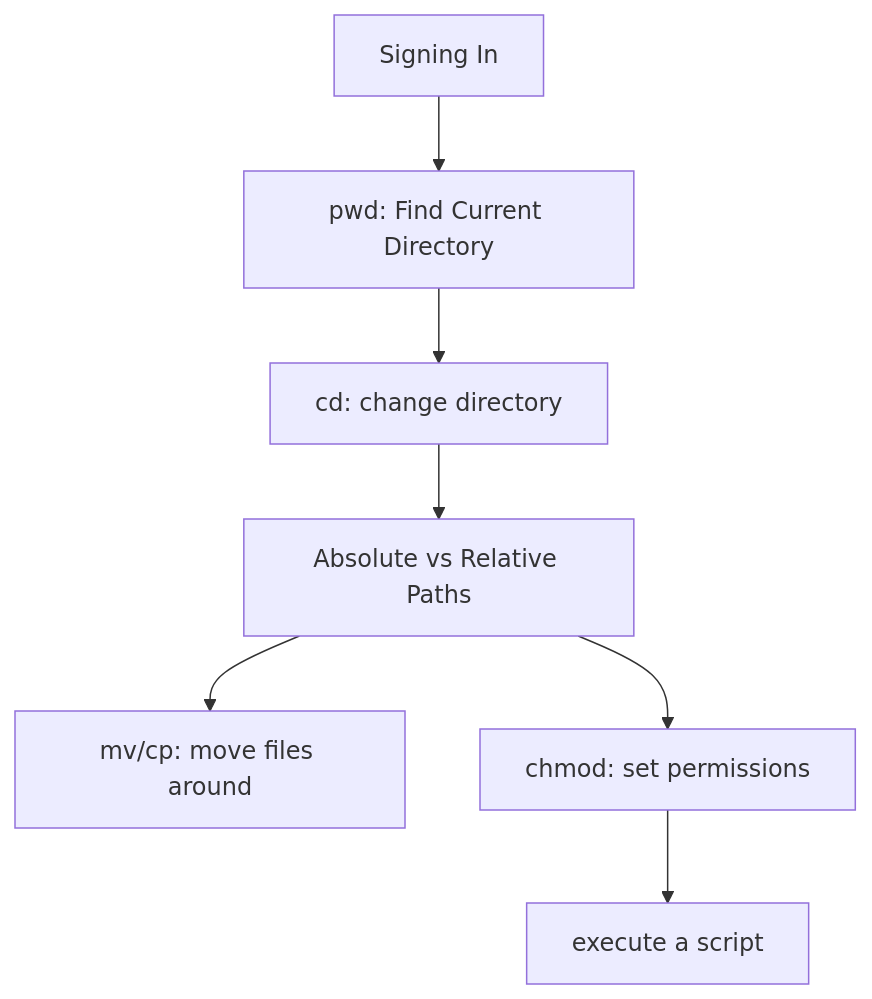
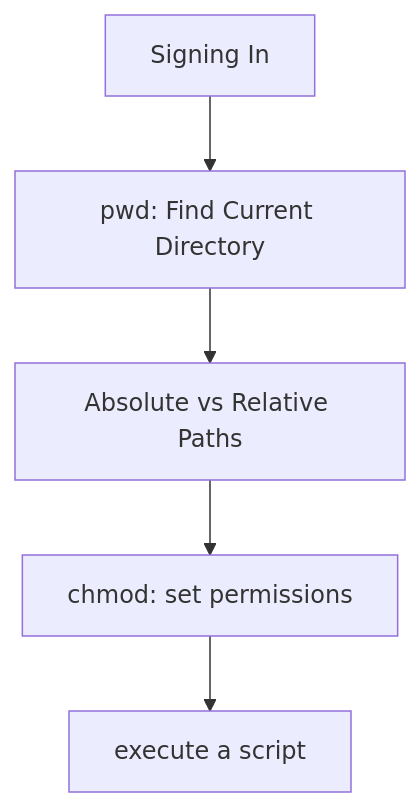
Before and after one commit to fhdsl/bash_for_bio: the diagram in 01_basics.qmd, drawn with Mermaid. The commit also changed other lines of this file and 8 other files, not shown here.

````diff
--- a/01_basics.qmd
+++ b/01_basics.qmd
@@ -16,9 +16,7 @@
 ```{mermaid}
 flowchart TD
     A[Signing In] --> B[pwd: Find Current Directory]
-    B --> C[cd: change directory]
-    C --> D[Absolute vs Relative Paths]
-    D --> E[mv/cp: move files around]
+    B --> D[Absolute vs Relative Paths]
     D --> F[chmod: set permissions]
     F --> G[execute a script]
 ```
````
